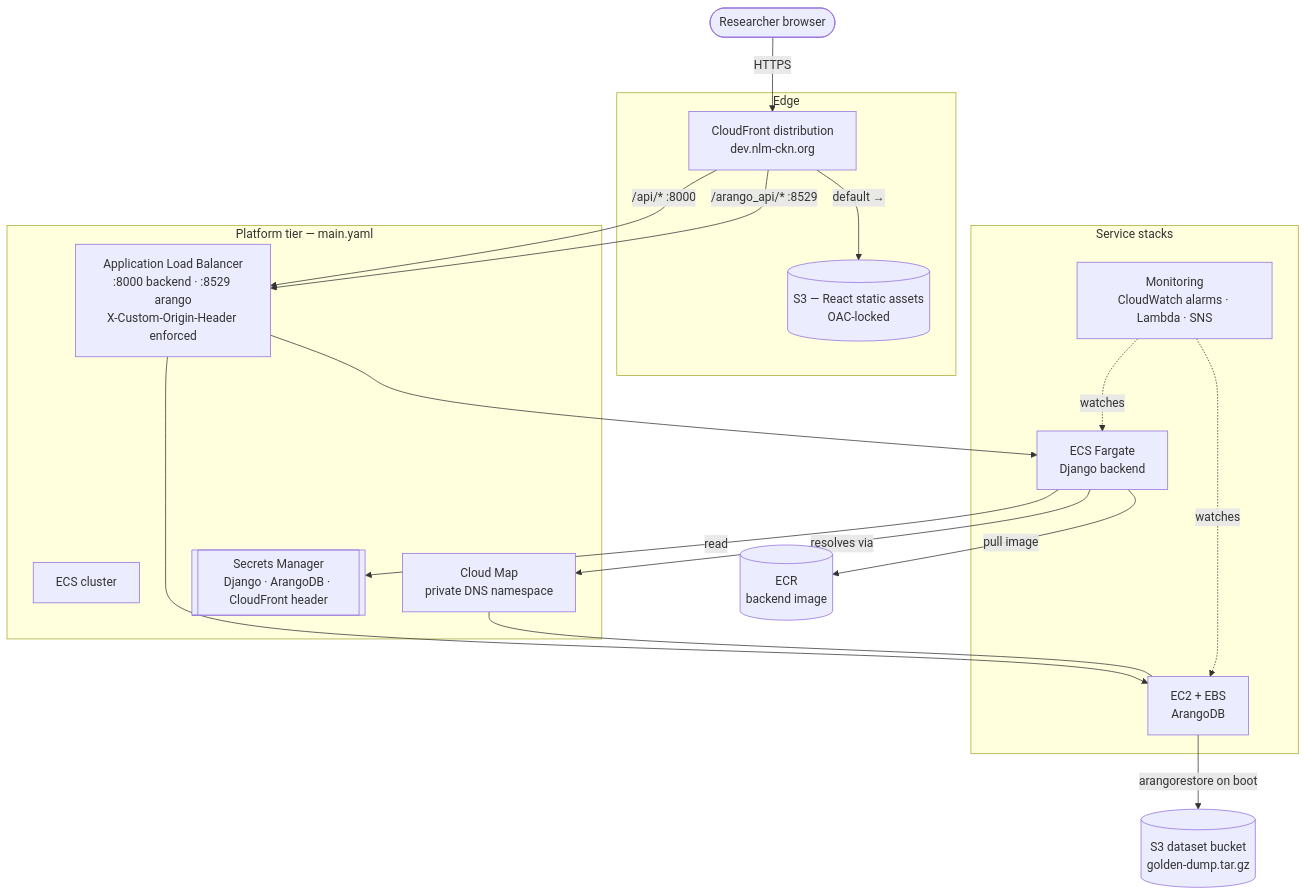
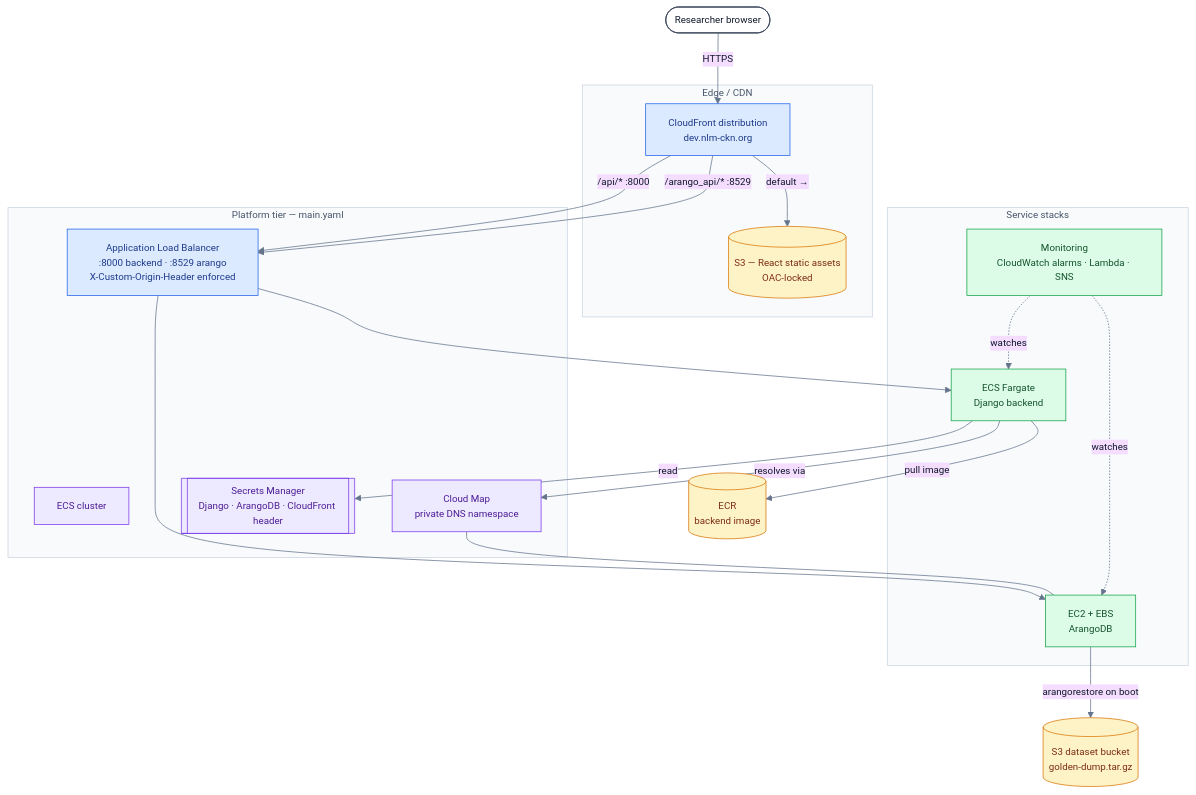
Before and after one commit to Springbok-LLC/nlm-ckn-iac: the diagram in environment/README.md, drawn with Mermaid. The commit also changed other lines of this file and 2 other files, not shown here.

Commit message:
mermaid formatting, do not lint sandbox

````diff
--- a/environment/README.md
+++ b/environment/README.md
@@ -24,40 +24,53 @@
 ```mermaid
+%%{init: {'theme':'base', 'themeVariables': {'fontFamily':'ui-sans-serif, system-ui, sans-serif', 'fontSize':'13px', 'lineColor':'#64748b', 'primaryTextColor':'#0f172a'}}}%%
 flowchart TB
-    user([Researcher browser])
+    user([Researcher browser]):::actor
 
-    subgraph edge[Edge]
-        cf[CloudFront distribution<br/>dev.nlm-ckn.org]
-        s3f[(S3 — React static assets<br/>OAC-locked)]
+    subgraph edge[" Edge / CDN "]
+        cf[CloudFront distribution<br/>dev.nlm-ckn.org]:::net
+        s3f[(S3 — React static assets<br/>OAC-locked)]:::store
     end
 
-    subgraph platform[Platform tier — main.yaml]
-        alb[Application Load Balancer<br/>:8000 backend · :8529 arango<br/>X-Custom-Origin-Header enforced]
-        cluster[ECS cluster]
-        cloudmap[Cloud Map<br/>private DNS namespace]
-        secrets[[Secrets Manager<br/>Django · ArangoDB · CloudFront header]]
+    subgraph platform[" Platform tier — main.yaml "]
+        alb[Application Load Balancer<br/>:8000 backend · :8529 arango<br/>X-Custom-Origin-Header enforced]:::net
+        cluster[ECS cluster]:::plat
+        cloudmap[Cloud Map<br/>private DNS namespace]:::plat
+        secrets[[Secrets Manager<br/>Django · ArangoDB · CloudFront header]]:::plat
     end
 
-    subgraph services[Service stacks]
-        backend[ECS Fargate<br/>Django backend]
-        arango[EC2 + EBS<br/>ArangoDB]
-        mon[Monitoring<br/>CloudWatch alarms · Lambda · SNS]
+    subgraph services[" Service stacks "]
+        backend[ECS Fargate<br/>Django backend]:::compute
+        arango[EC2 + EBS<br/>ArangoDB]:::compute
+        mon[Monitoring<br/>CloudWatch alarms · Lambda · SNS]:::compute
     end
 
-    ecr[(ECR<br/>backend image)]
-    dataset[(S3 dataset bucket<br/>golden-dump.tar.gz)]
+    ecr[(ECR<br/>backend image)]:::store
+    dataset[(S3 dataset bucket<br/>golden-dump.tar.gz)]:::store
 
     user -->|HTTPS| cf
     cf -->|default →| s3f
     cf -->|/api/* :8000| alb
     cf -->|/arango_api/* :8529| alb
     alb --> backend
     alb --> arango
 
     backend -->|pull image| ecr
     backend -->|read| secrets
     backend -->|resolves via| cloudmap
     cloudmap --- arango
     arango -->|arangorestore on boot| dataset
     mon -.->|watches| backend
     mon -.->|watches| arango
+
+    %% ── node categories (shared palette across environment/ and etl/) ──
+    classDef actor   fill:#ffffff,stroke:#334155,stroke-width:1px,color:#0f172a
+    classDef net     fill:#dbeafe,stroke:#2563eb,color:#1e3a8a
+    classDef plat    fill:#ede9fe,stroke:#7c3aed,color:#4c1d95
+    classDef compute fill:#dcfce7,stroke:#16a34a,color:#14532d
+    classDef store   fill:#fef3c7,stroke:#d97706,color:#7c2d12
+
+    %% ── subgraph tint marks the deployment grouping ──
+    style edge     fill:#f8fafc,stroke:#cbd5e1,color:#475569
+    style platform fill:#f8fafc,stroke:#cbd5e1,color:#475569
+    style services fill:#f8fafc,stroke:#cbd5e1,color:#475569
 ```
````
